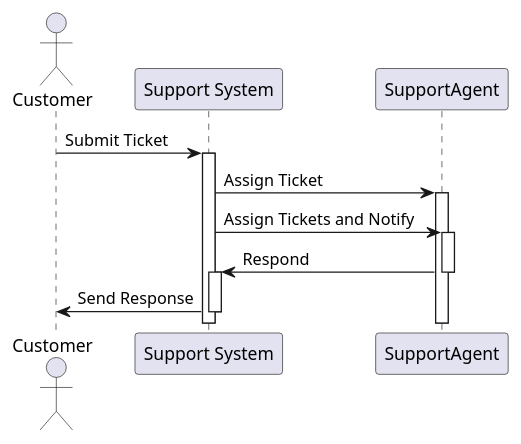
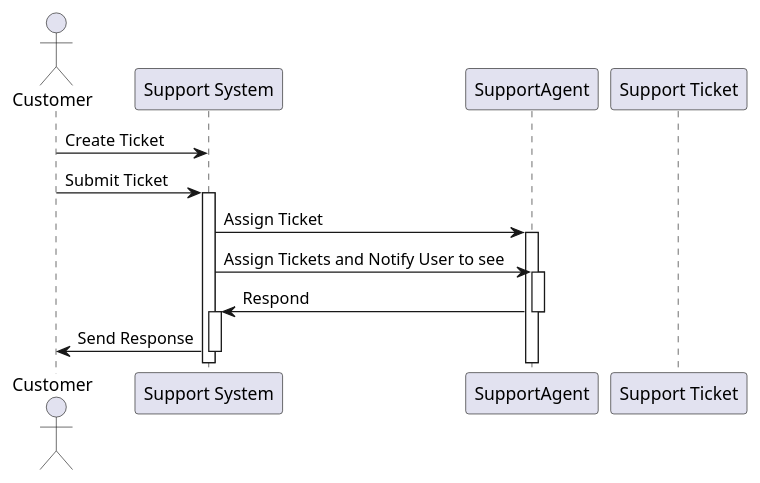
The diagram in diagrams/s.puml (alladin7000/alladin7000.github.io), drawn with PlantUML before and after one commit.

```diff
--- a/diagrams/s.puml
+++ b/diagrams/s.puml
@@ -1,21 +1,23 @@
 @startuml
 actor Customer
 participant "Support System" as System
 participant "SupportAgent"
+participant "Support Ticket" as Ticket
+Customer -> System : Create Ticket
 
 Customer -> System : Submit Ticket
 activate System
 
 System -> SupportAgent : Assign Ticket
 activate SupportAgent
 
-System -> SupportAgent : Assign Tickets and Notify
+System -> SupportAgent : Assign Tickets and Notify User to see 
 activate SupportAgent
 
 SupportAgent -> System : Respond
 deactivate SupportAgent
 activate System
 
 System -> Customer : Send Response
 deactivate System
 @enduml
```
